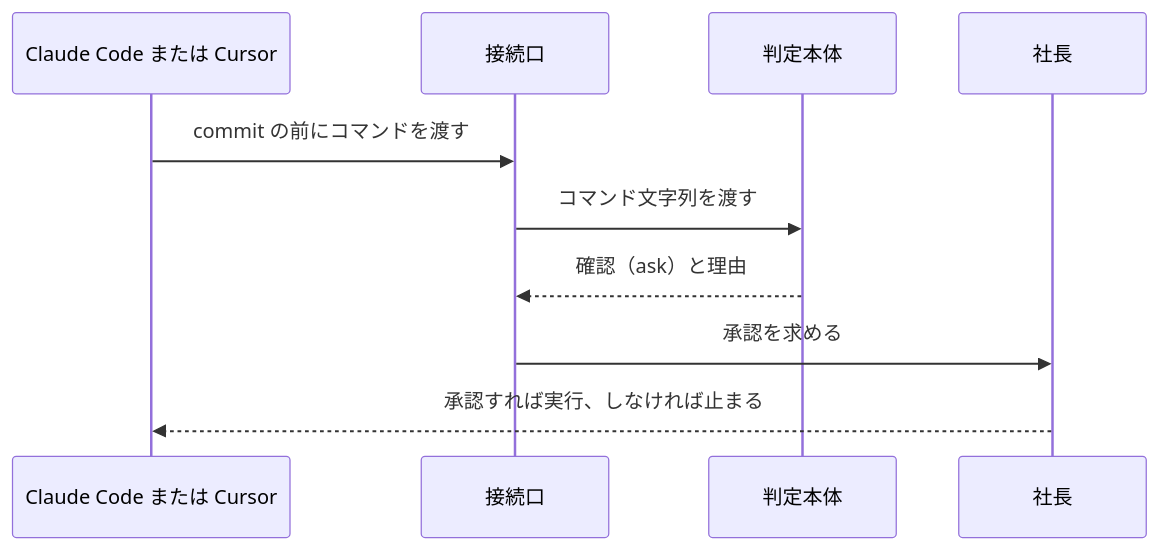
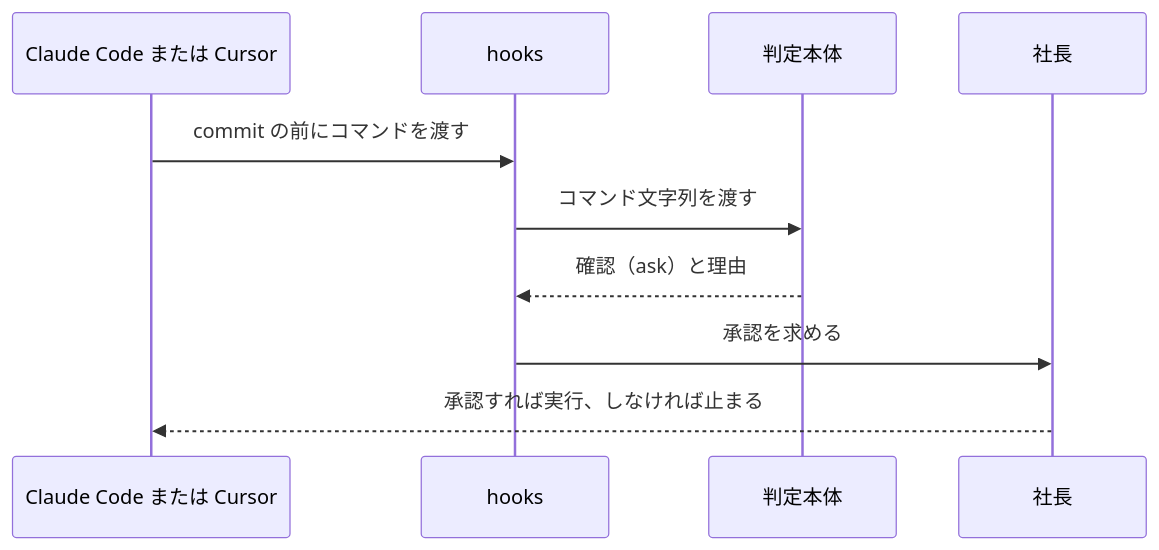
Before and after one commit to sh0ki-00/My-Lab: the fourth of 10 diagrams in docs/SPEC_20261106_company-skills.md, drawn with Mermaid. The commit also changed other lines of this file and 203 other files, not shown here.

````diff
--- a/docs/SPEC_20261106_company-skills.md
+++ b/docs/SPEC_20261106_company-skills.md
@@ -273,12 +273,12 @@
 ```mermaid
 sequenceDiagram
     participant T as Claude Code または Cursor
-    participant A as 接続口
+    participant A as hooks
     participant G as 判定本体
     participant P as 社長
     T->>A: commit の前にコマンドを渡す
     A->>G: コマンド文字列を渡す
     G-->>A: 確認（ask）と理由
     A->>P: 承認を求める
     P-->>T: 承認すれば実行、しなければ止まる
 ```
````
